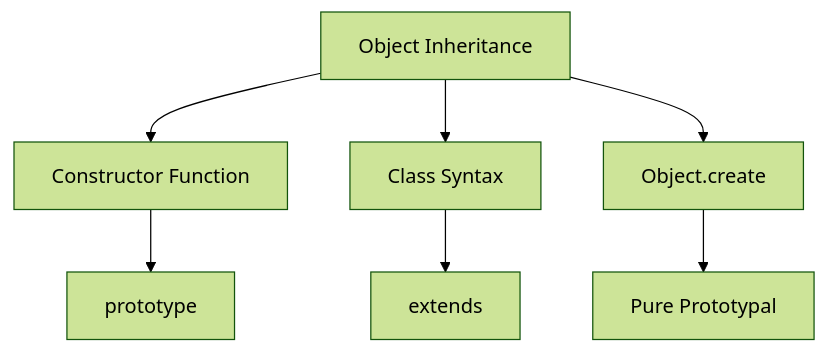
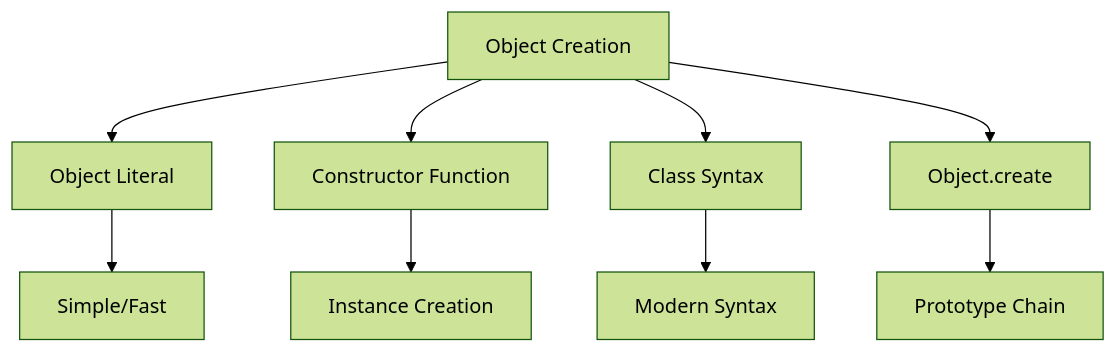
The diagram in apps/fe-docs/pages/interview/javascript/4-objects-and-prototypes.mdx (KRISACHAN/ying-web), drawn with Mermaid (forest theme) before and after one commit. The commit also changed other lines of this file and 13 other files, not shown here.

````diff
--- a/apps/fe-docs/pages/interview/javascript/4-objects-and-prototypes.mdx
+++ b/apps/fe-docs/pages/interview/javascript/4-objects-and-prototypes.mdx
@@ -5,9 +9,11 @@
 ```mermaid
 graph TD
-    A[Object Inheritance] --> B[Constructor Function]
-    A --> C[Class Syntax]
-    A --> D[Object.create]
-    B --> E[prototype]
-    C --> F[extends]
-    D --> G[Pure Prototypal]
+    A[Object Creation] --> B[Object Literal]
+    A --> C[Constructor Function]
+    A --> D[Class Syntax]
+    A --> E[Object.create]
+    B --> F[Simple/Fast]
+    C --> G[Instance Creation]
+    D --> H[Modern Syntax]
+    E --> I[Prototype Chain]
 ```
````
